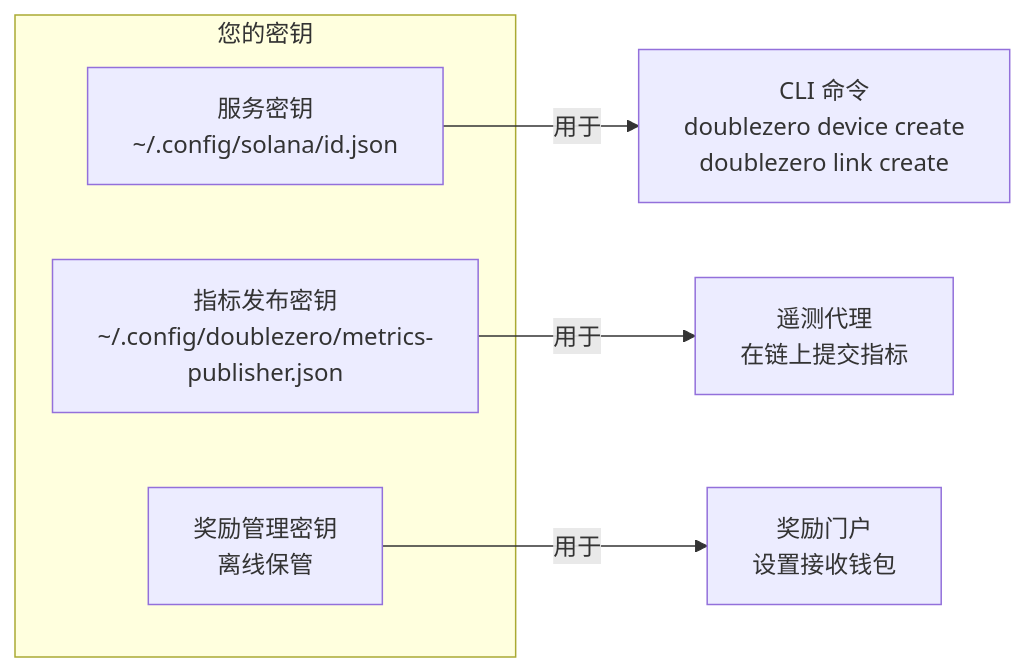
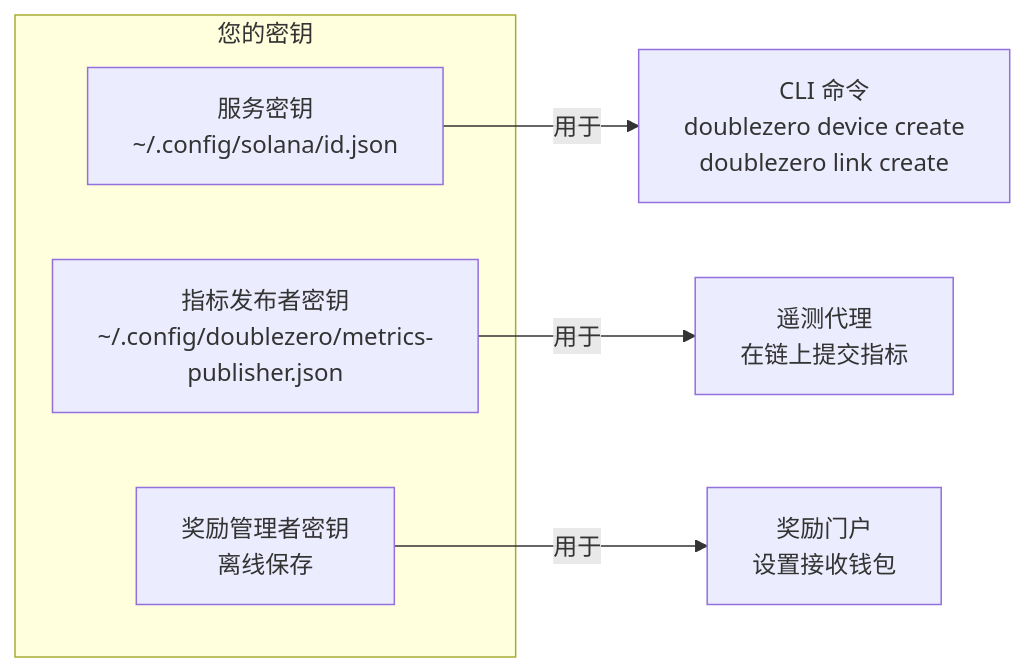
One commit to malbeclabs/docs changed the fourth of 9 diagrams in docs/contribute-provisioning.zh.md. Above: the diagram before and after it, drawn with Mermaid. The commit also changed other lines of this file and 27 other files, not shown here.

````diff
--- a/docs/contribute-provisioning.zh.md
+++ b/docs/contribute-provisioning.zh.md
@@ -208,12 +208,12 @@
 ```mermaid
 flowchart LR
     subgraph "您的密钥"
         SK[服务密钥<br/>~/.config/solana/id.json]
-        MK[指标发布密钥<br/>~/.config/doublezero/metrics-publisher.json]
-        RK[奖励管理密钥<br/>离线保管]
+        MK[指标发布者密钥<br/>~/.config/doublezero/metrics-publisher.json]
+        RK[奖励管理者密钥<br/>离线保存]
     end
 
     SK -->|用于| CLI[CLI 命令<br/>doublezero device create<br/>doublezero link create]
     MK -->|用于| TEL[遥测代理<br/>在链上提交指标]
     RK -->|用于| REW[奖励门户<br/>设置接收钱包]
 ```
````
